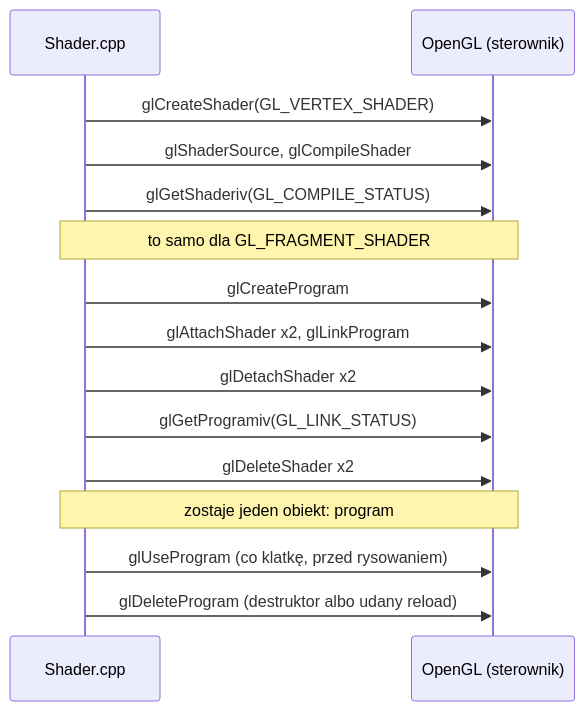
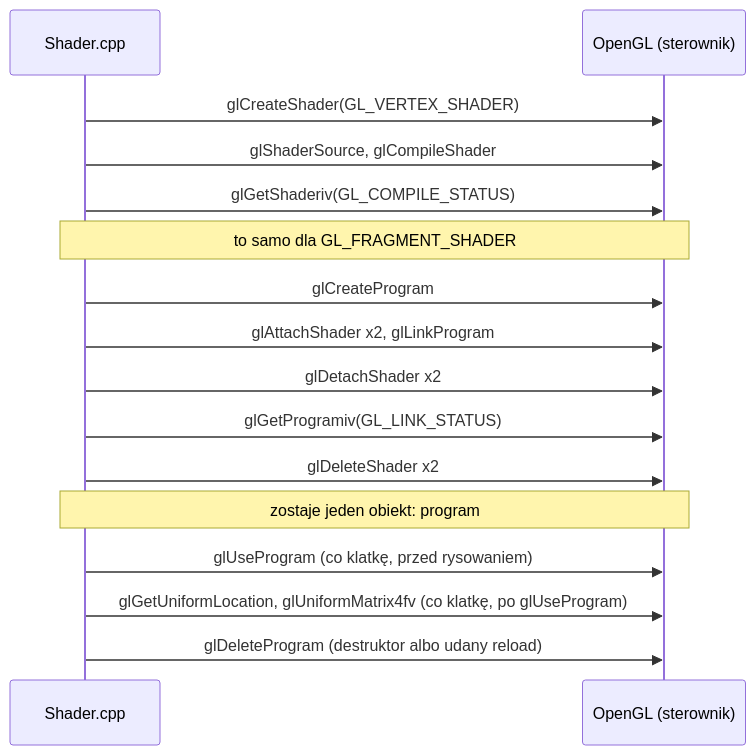
One commit to Shironex/night-maze changed the third of 6 diagrams in docs/modules/gfx/shaders.md. Above: the diagram before and after it, drawn with Mermaid. The commit also changed other lines of this file and 27 other files, not shown here.

````diff
--- a/docs/modules/gfx/shaders.md
+++ b/docs/modules/gfx/shaders.md
@@ -174,17 +204,18 @@
 ```mermaid
 sequenceDiagram
     participant Cpp as Shader.cpp
     participant GL as OpenGL (sterownik)
     Cpp->>GL: glCreateShader(GL_VERTEX_SHADER)
     Cpp->>GL: glShaderSource, glCompileShader
     Cpp->>GL: glGetShaderiv(GL_COMPILE_STATUS)
     Note over Cpp,GL: to samo dla GL_FRAGMENT_SHADER
     Cpp->>GL: glCreateProgram
     Cpp->>GL: glAttachShader x2, glLinkProgram
     Cpp->>GL: glDetachShader x2
     Cpp->>GL: glGetProgramiv(GL_LINK_STATUS)
     Cpp->>GL: glDeleteShader x2
     Note over Cpp,GL: zostaje jeden obiekt: program
     Cpp->>GL: glUseProgram (co klatkę, przed rysowaniem)
+    Cpp->>GL: glGetUniformLocation, glUniformMatrix4fv (co klatkę, po glUseProgram)
     Cpp->>GL: glDeleteProgram (destruktor albo udany reload)
 ```
````
